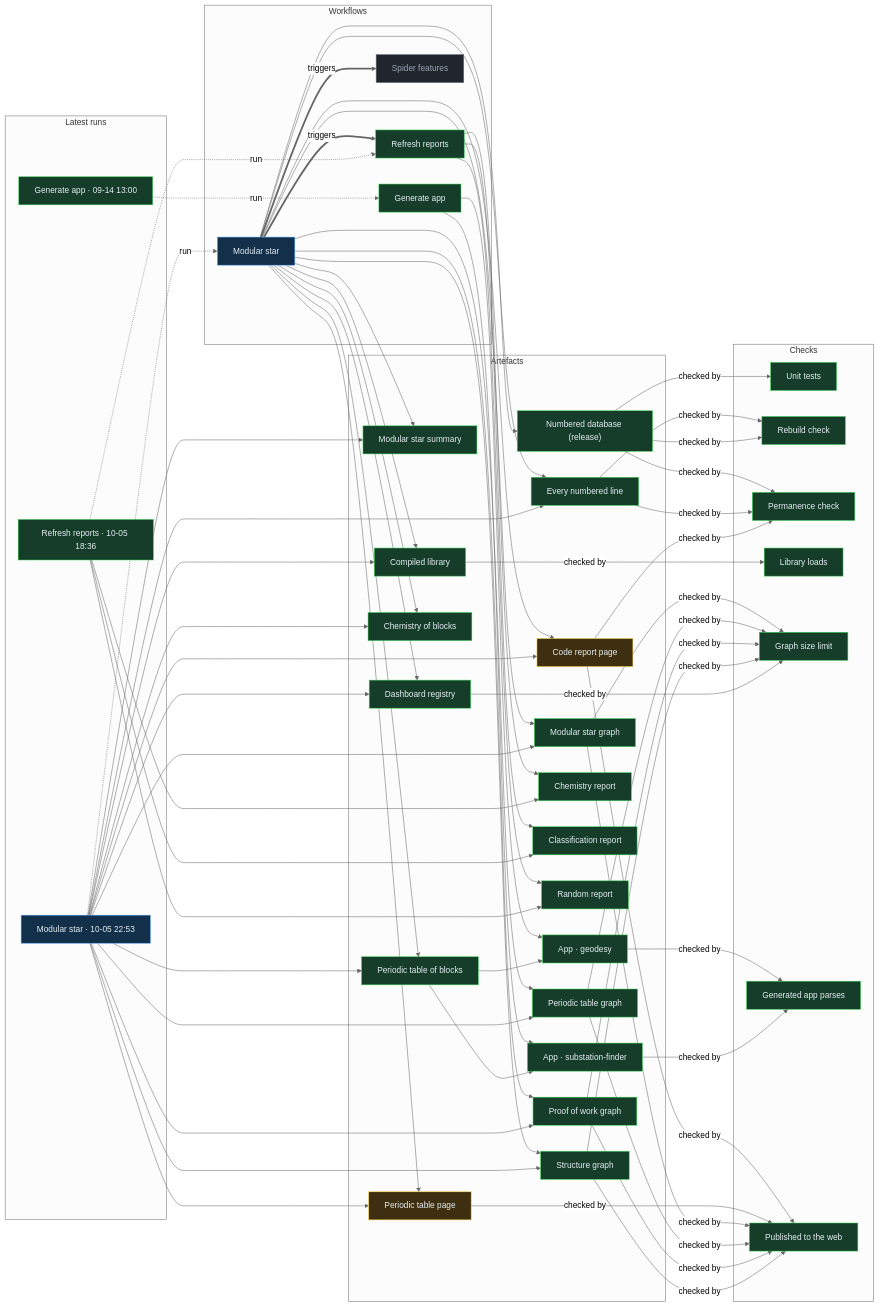
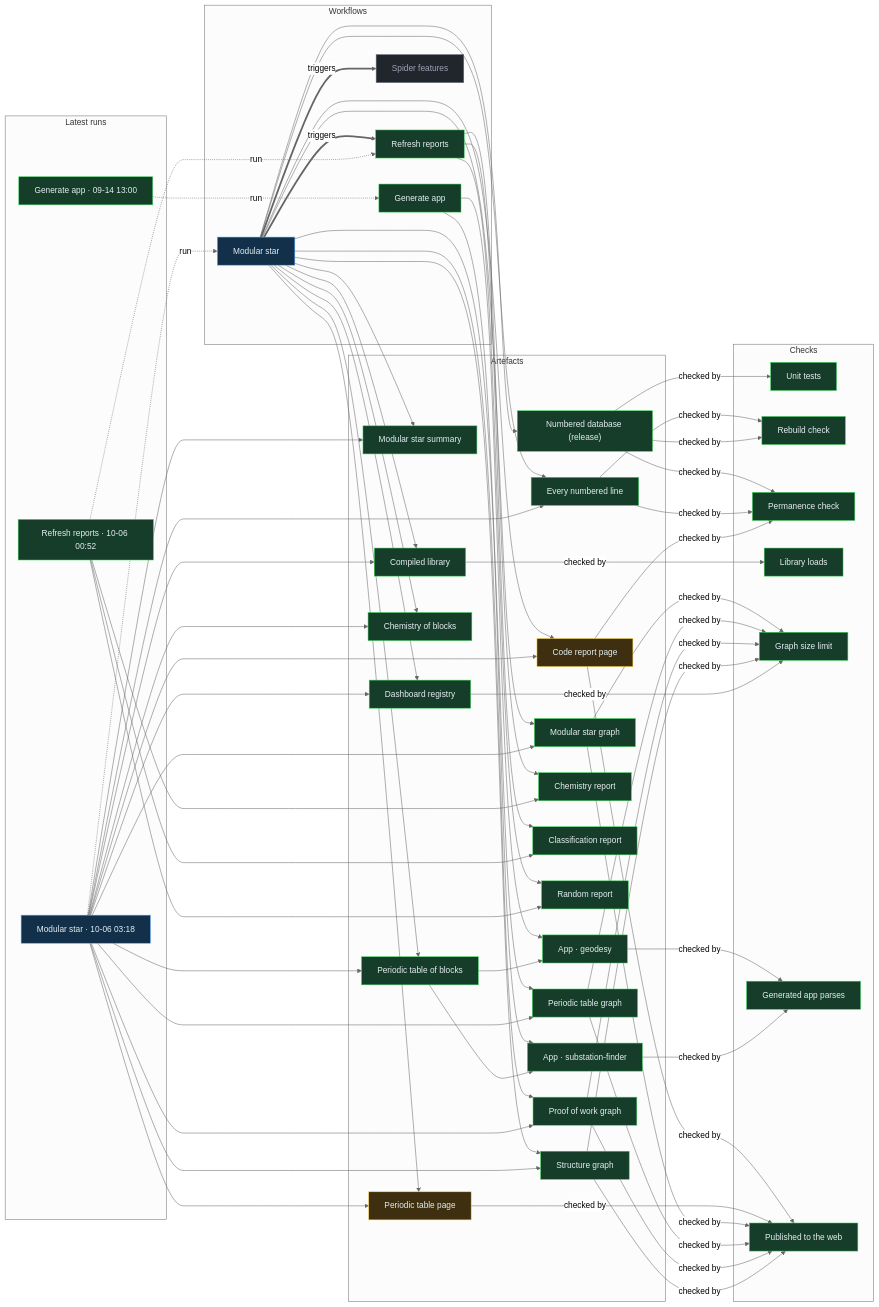
Before and after one commit to Ventusltd/stars: the diagram in proof/PROOF.md, drawn with Mermaid (neutral theme). The commit also changed other lines of this file and 43 other files, not shown here.

Commit message:
Modular star 2026-10-06T03:21Z

```diff
--- a/proof/PROOF.md
+++ b/proof/PROOF.md
@@ -24,8 +24,8 @@
   n_wf_spider_features["Spider features"]:::off
   end
   subgraph g_runs["Latest runs"]
-  n_run_37385282809["Modular star · 10-05 22:53"]:::live
-  n_run_37357198137["Refresh reports · 10-05 18:36"]:::ok
+  n_run_37408348374["Modular star · 10-06 03:18"]:::live
+  n_run_37396284637["Refresh reports · 10-06 00:52"]:::ok
   n_run_34846587798["Generate app · 09-14 13:00"]:::ok
   end
   subgraph g_artefacts["Artefacts"]
@@ -59,39 +59,39 @@
   end
   n_wf_modular_star == triggers ==> n_wf_refresh
   n_wf_modular_star == triggers ==> n_wf_spider_features
-  n_run_37385282809 -. run .-> n_wf_modular_star
-  n_run_37357198137 -. run .-> n_wf_refresh
+  n_run_37408348374 -. run .-> n_wf_modular_star
+  n_run_37396284637 -. run .-> n_wf_refresh
   n_run_34846587798 -. run .-> n_wf_generate
   n_wf_modular_star --> n_art_summary
-  n_run_37385282809 --> n_art_summary
+  n_run_37408348374 --> n_art_summary
   n_wf_modular_star --> n_art_lines
-  n_run_37385282809 --> n_art_lines
+  n_run_37408348374 --> n_art_lines
   n_wf_modular_star --> n_art_code
-  n_run_37385282809 --> n_art_code
+  n_run_37408348374 --> n_art_code
   n_wf_modular_star --> n_art_modular_graph
-  n_run_37385282809 --> n_art_modular_graph
+  n_run_37408348374 --> n_art_modular_graph
   n_wf_modular_star --> n_art_blocks
-  n_run_37385282809 --> n_art_blocks
+  n_run_37408348374 --> n_art_blocks
   n_wf_modular_star --> n_art_table
-  n_run_37385282809 --> n_art_table
+  n_run_37408348374 --> n_art_table
   n_wf_modular_star --> n_art_blocks_graph
-  n_run_37385282809 --> n_art_blocks_graph
+  n_run_37408348374 --> n_art_blocks_graph
   n_wf_modular_star --> n_art_reactions
-  n_run_37385282809 --> n_art_reactions
+  n_run_37408348374 --> n_art_reactions
   n_wf_modular_star --> n_art_library
-  n_run_37385282809 --> n_art_library
+  n_run_37408348374 --> n_art_library
   n_wf_modular_star --> n_art_features
-  n_run_37385282809 --> n_art_features
+  n_run_37408348374 --> n_art_features
   n_wf_modular_star --> n_art_proof
-  n_run_37385282809 --> n_art_proof
+  n_run_37408348374 --> n_art_proof
   n_wf_modular_star --> n_art_structure
-  n_run_37385282809 --> n_art_structure
+  n_run_37408348374 --> n_art_structure
   n_wf_refresh --> n_art_chemistry
-  n_run_37357198137 --> n_art_chemistry
+  n_run_37396284637 --> n_art_chemistry
   n_wf_refresh --> n_art_vedic
-  n_run_37357198137 --> n_art_vedic
+  n_run_37396284637 --> n_art_vedic
   n_wf_refresh --> n_art_random
-  n_run_37357198137 --> n_art_random
+  n_run_37396284637 --> n_art_random
   n_wf_modular_star --> n_art_release
   n_wf_generate --> n_app_geodesy
   n_art_blocks --> n_app_geodesy
```
